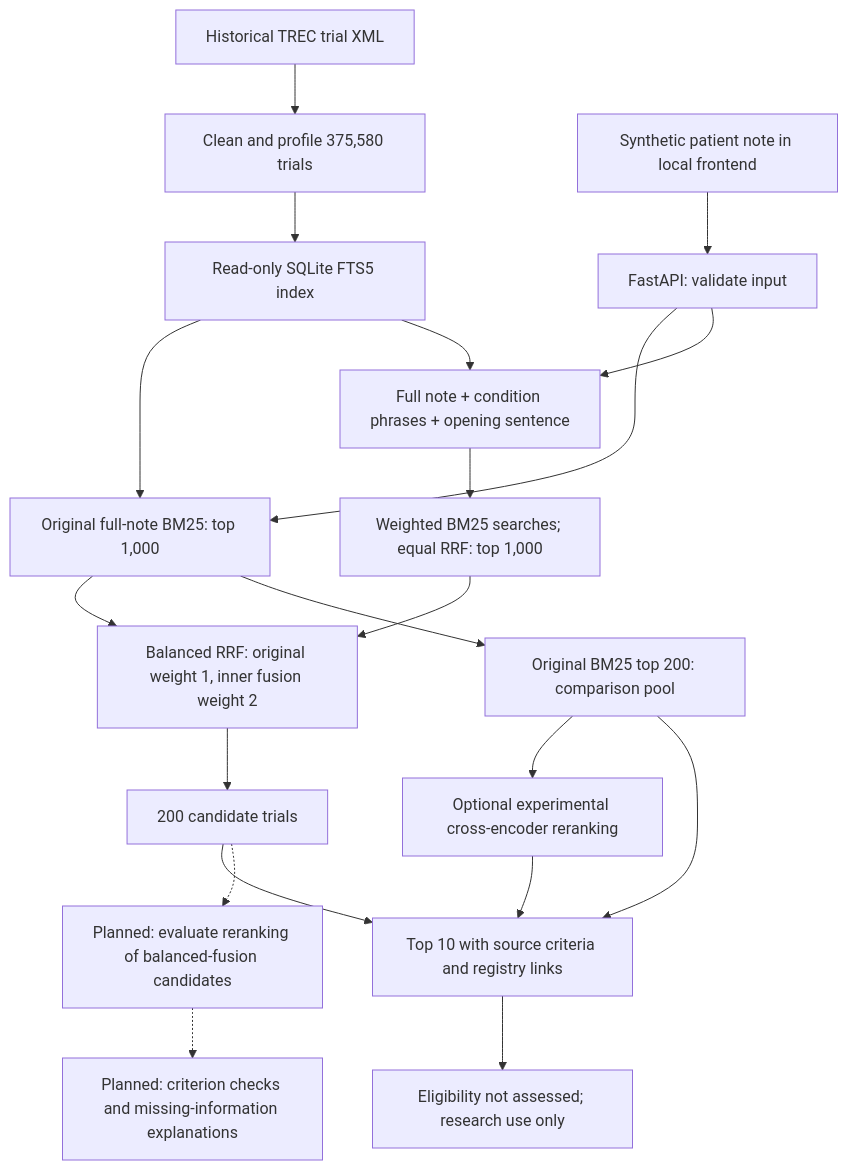
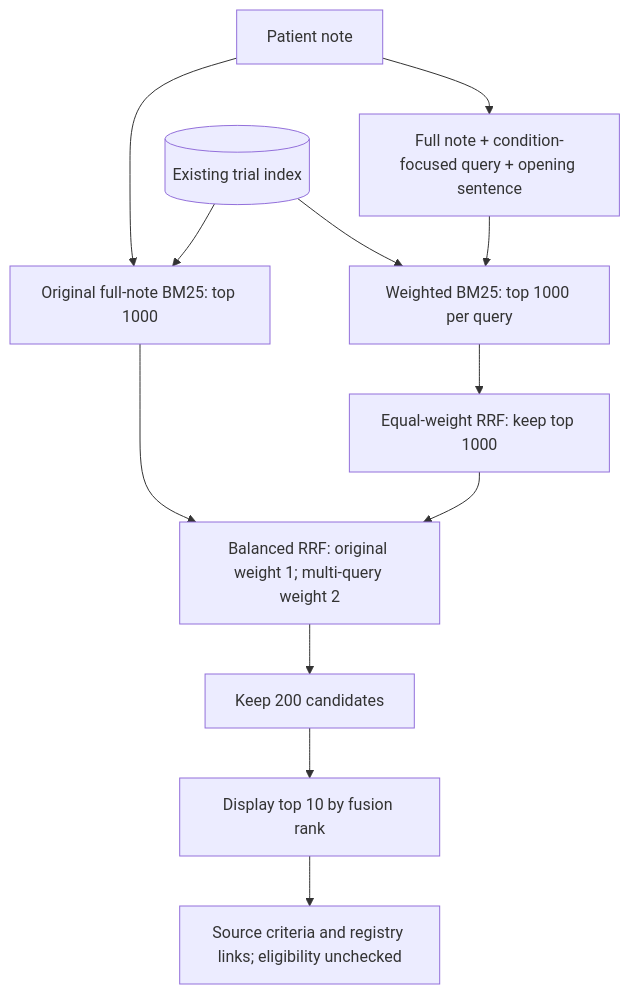
Before and after one commit to ss-941996/clinical-trial-matcher: the diagram in README.md, drawn with Mermaid. The commit also changed other lines of this file and 4 other files, not shown here.

Commit message:
Keep balanced-fusion pipeline and record rejected small-model screen

````diff
--- a/README.md
+++ b/README.md
@@ -68,22 +67,14 @@
 ```mermaid
 flowchart TD
-    XML["Historical TREC trial XML"] --> CLEAN["Clean and profile 375,580 trials"]
-    CLEAN --> INDEX["Read-only SQLite FTS5 index"]
-    NOTE["Synthetic patient note in local frontend"] --> API["FastAPI: validate input"]
-    API --> ORIGINAL["Original full-note BM25: top 1,000"]
-    API --> QUERIES["Full note + condition phrases + opening sentence"]
-    INDEX --> ORIGINAL
-    INDEX --> QUERIES
-    QUERIES --> INNER["Weighted BM25 searches; equal RRF: top 1,000"]
-    ORIGINAL --> BALANCED["Balanced RRF: original weight 1, inner fusion weight 2"]
-    INNER --> BALANCED
-    BALANCED --> POOL["200 candidate trials"]
-    POOL --> DISPLAY["Top 10 with source criteria and registry links"]
-    ORIGINAL --> BASEPOOL["Original BM25 top 200: comparison pool"]
-    BASEPOOL --> CE["Optional experimental cross-encoder reranking"]
-    BASEPOOL --> DISPLAY
-    CE --> DISPLAY
-    POOL -.-> NEXT["Planned: evaluate reranking of balanced-fusion candidates"]
-    NEXT -.-> ELIG["Planned: criterion checks and missing-information explanations"]
-    DISPLAY --> STATUS["Eligibility not assessed; research use only"]
+    P[Patient note] --> O[Original full-note BM25: top 1000]
+    P --> Q[Full note + condition-focused query + opening sentence]
+    Q --> W[Weighted BM25: top 1000 per query]
+    DB[(Existing trial index)] --> O
+    DB --> W
+    W --> I[Equal-weight RRF: keep top 1000]
+    O --> B[Balanced RRF: original weight 1; multi-query weight 2]
+    I --> B
+    B --> C[Keep 200 candidates]
+    C --> T[Display top 10 by fusion rank]
+    T --> U[Source criteria and registry links; eligibility unchecked]
 ```
````
